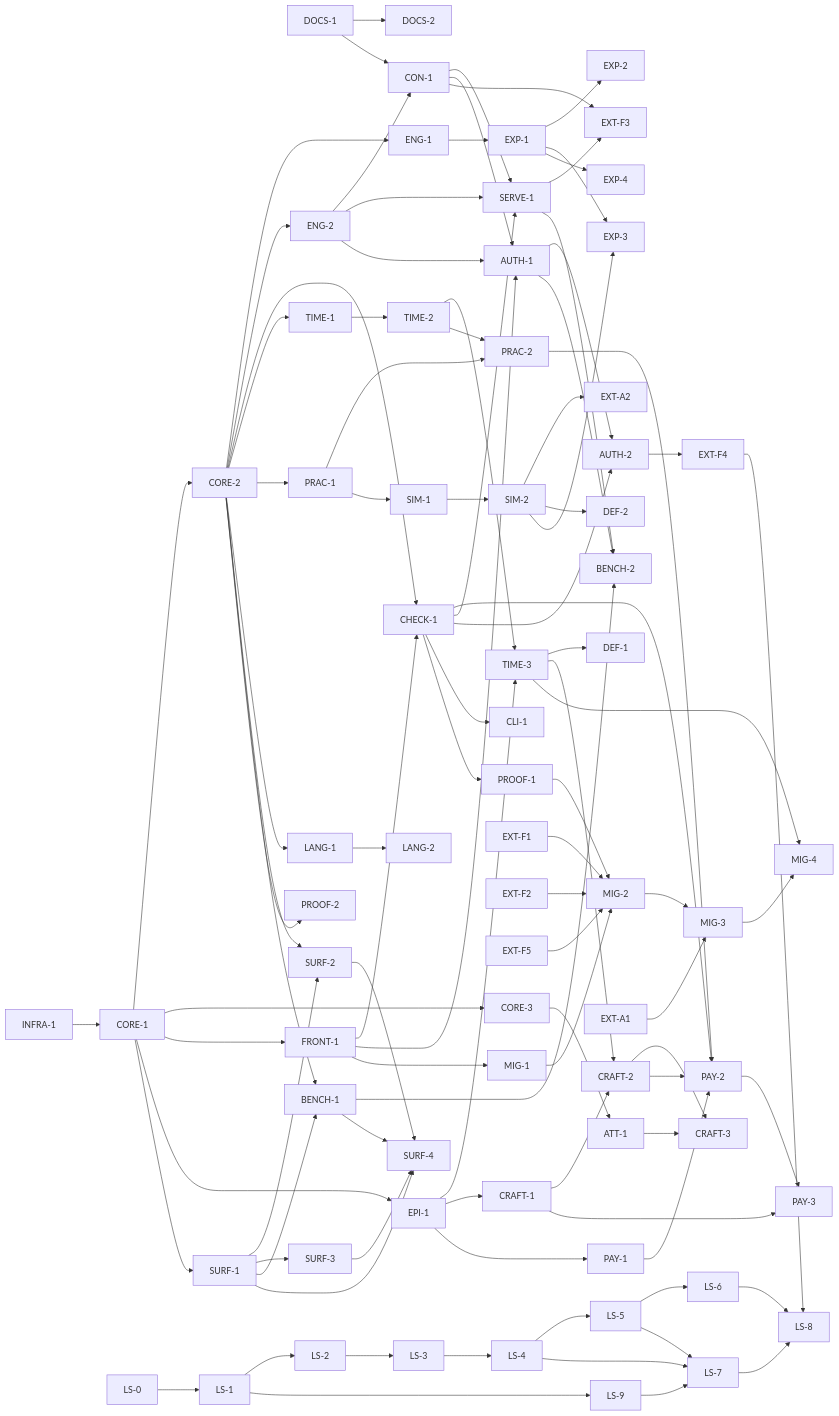
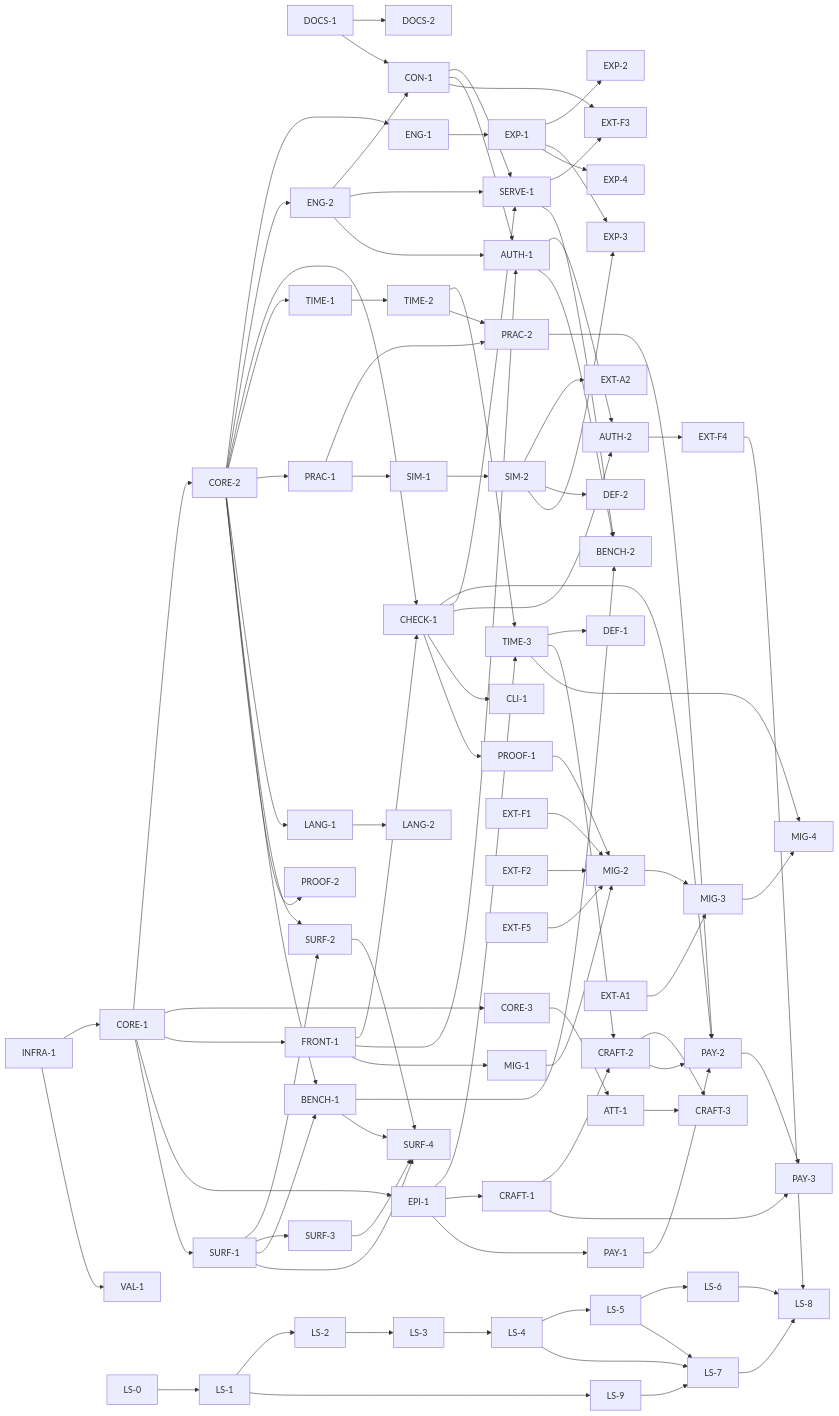
The diagram in docs/PLAN.md (jeffreykentjr/deloreis), drawn with Mermaid before and after one commit. The commit also changed other lines of this file and 24 other files, not shown here.

```diff
--- a/docs/PLAN.md
+++ b/docs/PLAN.md
@@ -591,6 +604,7 @@
   EXT-A1 --> MIG-3
   MIG-3 --> MIG-4
   TIME-3 --> MIG-4
+  INFRA-1 --> VAL-1
 
   LS-0 --> LS-1
   LS-1 --> LS-2
```
